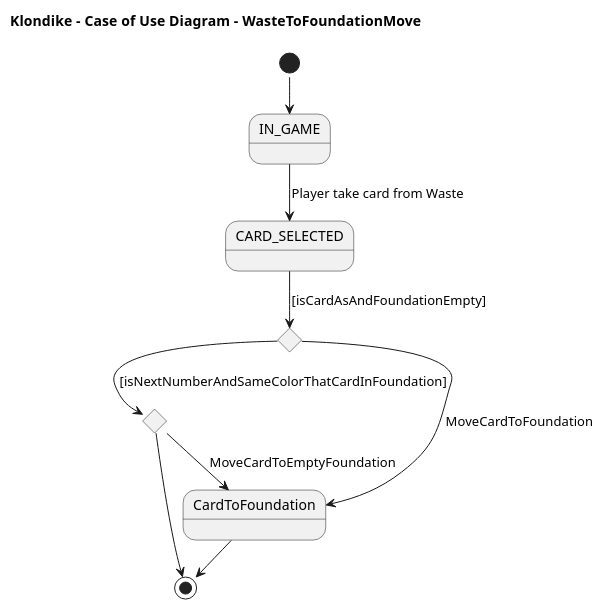
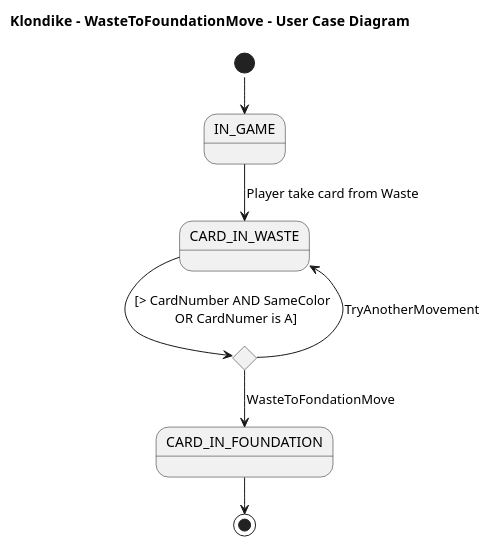
The diagram in 2 Modelo de vistas de caso de uso/Diagrama de caso de uso - WasteToFoundationMove.plantuml (AngelOS95P/Maestria_IngSoftware_grupo6), drawn with PlantUML before and after one commit. The commit also changed 16 other files, not shown here.

```diff
--- a/2 Modelo de vistas de caso de uso/Diagrama de caso de uso - WasteToFoundationMove.plantuml
+++ b/2 Modelo de vistas de caso de uso/Diagrama de caso de uso - WasteToFoundationMove.plantuml
@@ -1,25 +1,17 @@
-@startuml UseCaseWasteToFoundationMove
+@startuml UCWasteToFoundationMove
 !pragma layout smetana
-title Klondike  - Case of Use Diagram - WasteToFoundationMove
-
+title Klondike  - WasteToFoundationMove - User Case Diagram
 
 state IN_GAME
-state CARD_SELECTED
+state CARD_IN_WASTE
 state if <<choice>>
-state if2 <<choice>>
-
-state CardToFoundation
-
+state CARD_IN_FOUNDATION
 
 [*] --> IN_GAME
-IN_GAME --> CARD_SELECTED: Player take card from Waste
-CARD_SELECTED --> if: [isCardAsAndFoundationEmpty]
-if --> if2:[isNextNumberAndSameColorThatCardInFoundation]
-if --> CardToFoundation: MoveCardToFoundation
-if2 --> CardToFoundation: MoveCardToEmptyFoundation
-if2 --> [*]
-
-
-CardToFoundation--> [*]
+IN_GAME --> CARD_IN_WASTE: Player take card from Waste
+CARD_IN_WASTE --> if: [> CardNumber AND SameColor \n OR CardNumer is A]
+if --> CARD_IN_FOUNDATION: WasteToFondationMove
+if --> CARD_IN_WASTE: TryAnotherMovement
+CARD_IN_FOUNDATION--> [*]
 
 @enduml
```
